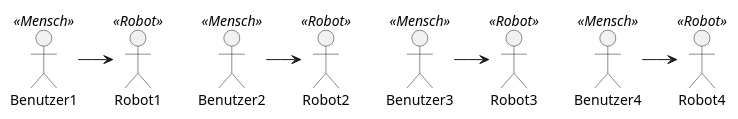
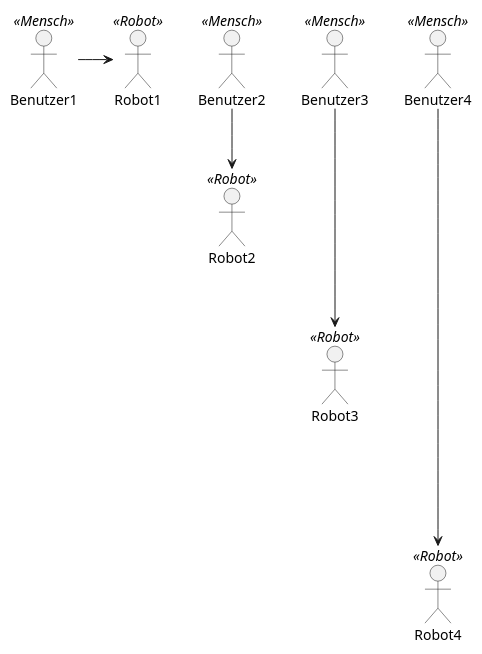
The diagram in usecase-diag/d.plantuml (aelfimow/plantuml-tut), drawn with PlantUML before and after one commit.

Commit message:
Use case d: fixed user

```diff
--- a/usecase-diag/d.plantuml
+++ b/usecase-diag/d.plantuml
@@ -1,18 +1,18 @@
 @startuml
 
-Benutzer1 << Mensch >>
-Benutzer2 << Mensch >>
-Benutzer3 << Mensch >>
-Benutzer4 << Mensch >>
+:Benutzer1: << Mensch >>
+:Benutzer2: << Mensch >>
+:Benutzer3: << Mensch >>
+:Benutzer4: << Mensch >>
 
-Robot1 << Robot >>
-Robot2 << Robot >>
-Robot3 << Robot >>
-Robot4 << Robot >>
+:Robot1: << Robot >>
+:Robot2: << Robot >>
+:Robot3: << Robot >>
+:Robot4: << Robot >>
 
-Benutzer1 -> Robot1
-Benutzer2 -> Robot2
-Benutzer3 -> Robot3
-Benutzer4 -> Robot4
+:Benutzer1: -> :Robot1:
+:Benutzer2: --> :Robot2:
+:Benutzer3: ---> :Robot3:
+:Benutzer4: -----> :Robot4:
 
 @enduml
```
